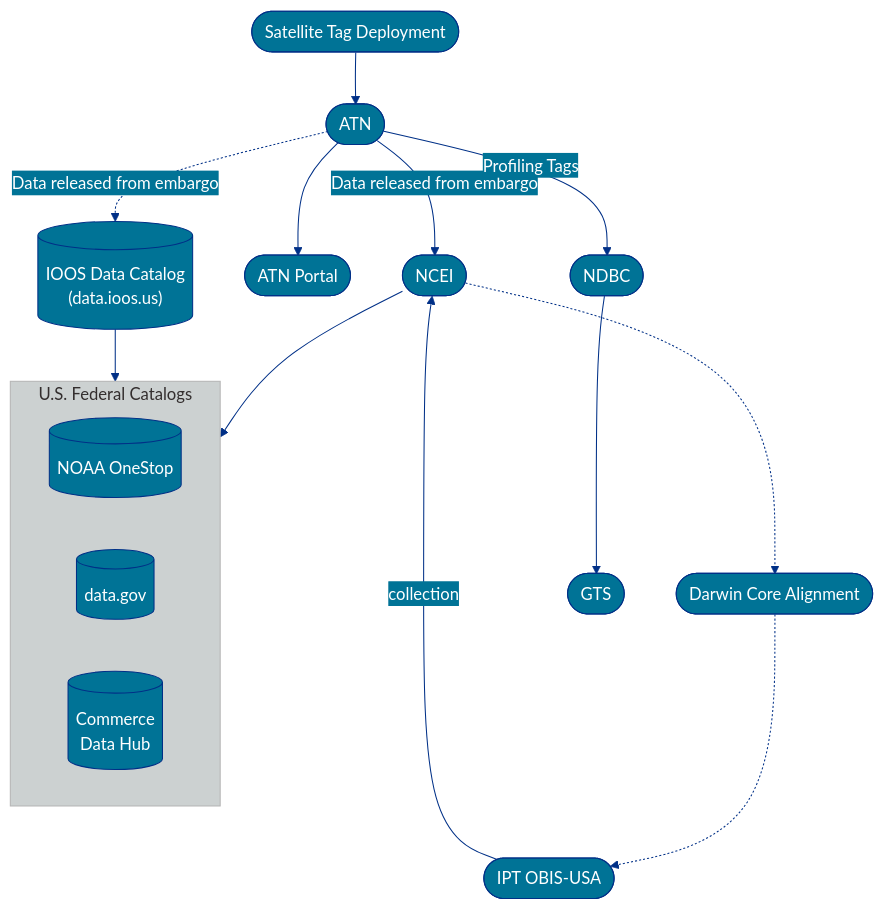
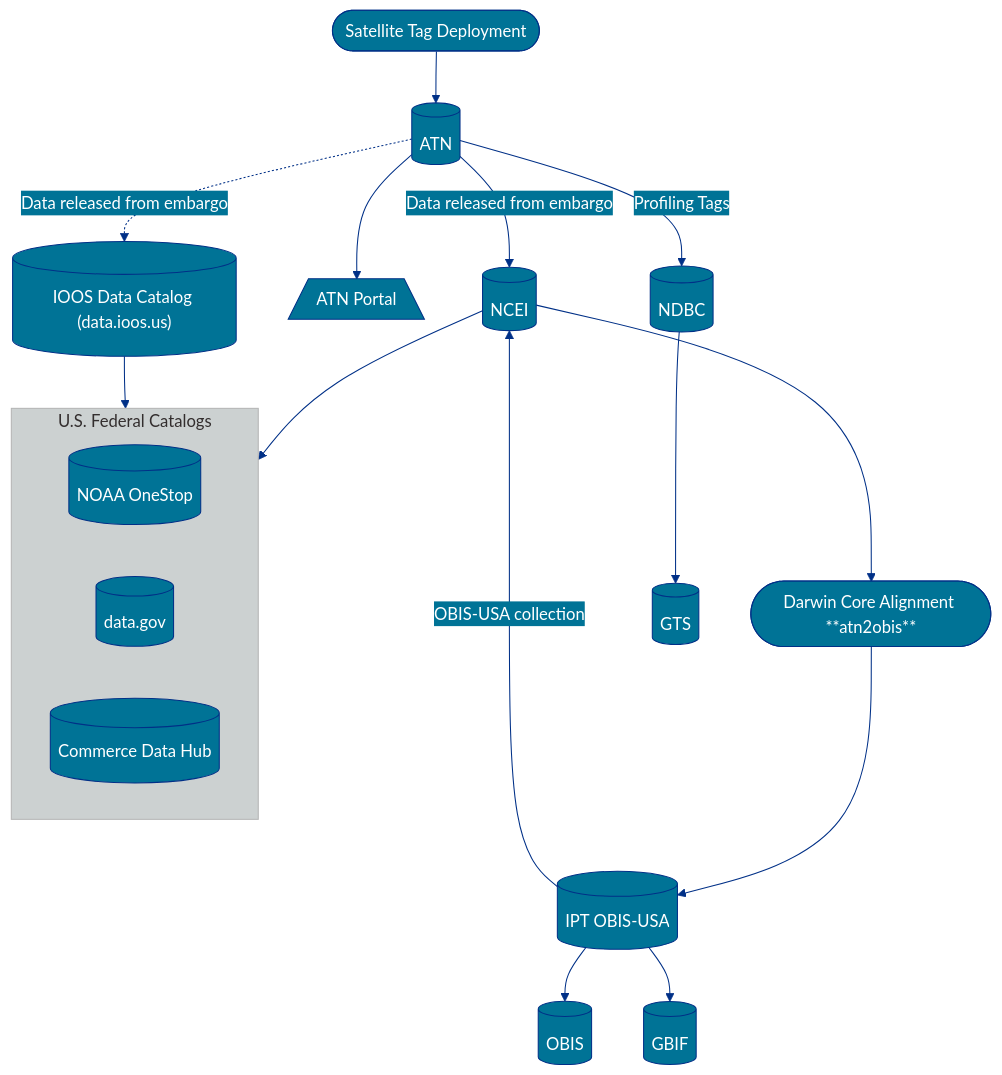
Before and after one commit to ioos/marine_life_data_network: the third of 5 diagrams in _docs/index.md, drawn with Mermaid. The commit also changed other lines of this file, not shown here.

First line of the commit message:
Update satellite telemetry flowchart

````diff
--- a/_docs/index.md
+++ b/_docs/index.md
@@ -156,50 +156,54 @@
 ```mermaid
 %%{
   init: {
     'theme': 'base',
     'themeVariables': {
       'primaryColor': '#007396',
       'primaryTextColor': '#fff',
       'primaryBorderColor': '#003087',
       'lineColor': '#003087',
       'secondaryColor': '#007396',
       'tertiaryColor': '#CCD1D1'
     },
-   'flowchart': { 'curve': 'basis' }
+   'flowchart': {'curve': 'basis'}
   }
 }%%
 
 flowchart TD
 
 A([Satellite Tag Deployment])
-B([ATN])
-D([NCEI])
-E([Darwin Core Alignment])
-F([IPT OBIS-USA])
-G([ATN Portal])
-H([NDBC])
-I([GTS])
+B[(ATN)]
+D[(NCEI)]
+E([Darwin Core Alignment **atn2obis**])
+F[(IPT OBIS-USA)]
+F1[(OBIS)]
+F2[(GBIF)]
+G[/ATN Portal\]
+H[(NDBC)]
+I[(GTS)]
 J[(NOAA OneStop)]
 K[(data.gov)]
-L[("Commerce\nData Hub")]
-M[("IOOS Data Catalog\n(data.ioos.us)")]
+L[("Commerce Data Hub")]
+M[("IOOS Data Catalog (data.ioos.us)")]
 
 A --> B
 B -- Data released from embargo --> D
-D .-> E
+D --> E
 D --> FC
-E .-> F
+E --> F
 B --> G
 B -- Profiling Tags --> H
 B .->|Data released from embargo| M
 M --> FC
 H --> I
-F --collection--> D
+F --OBIS-USA collection--> D
+F --> F1
+F --> F2
 
 subgraph FC [U.S. Federal Catalogs]
 J
 K
 L
 end
 
 ```
````
